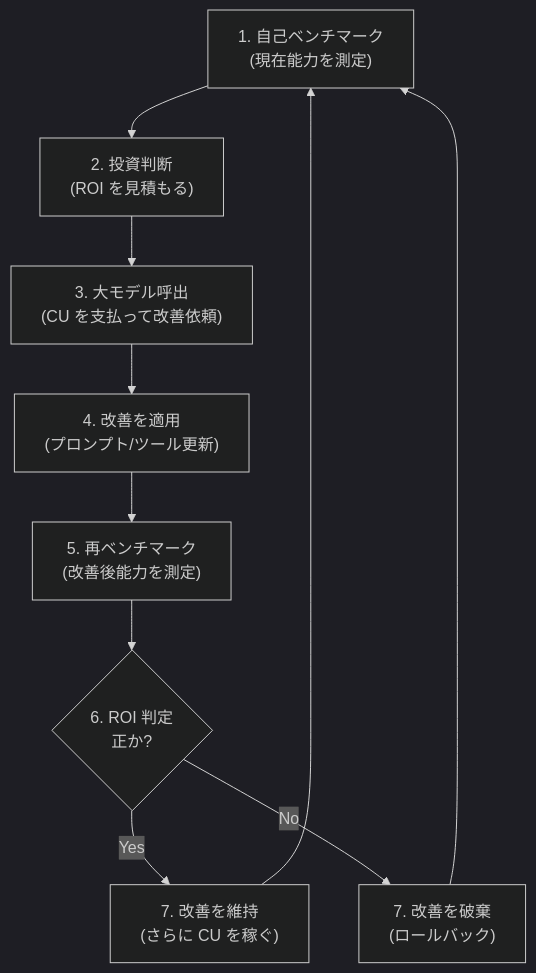
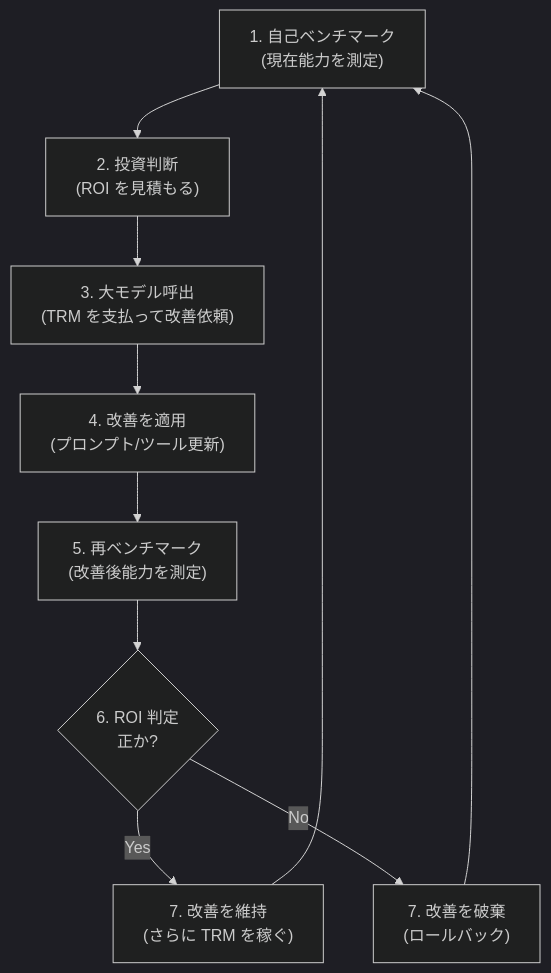
The diagram in docs/07-growth.md (clearclown/forge-economics), drawn with Mermaid (dark theme) before and after one commit. The commit also changed other lines of this file and 34 other files, not shown here.

````diff
--- a/docs/07-growth.md
+++ b/docs/07-growth.md
@@ -157,12 +157,12 @@
 ```mermaid
 flowchart TD
     A["1. 自己ベンチマーク<br/>(現在能力を測定)"] --> B["2. 投資判断<br/>(ROI を見積もる)"]
-    B --> C["3. 大モデル呼出<br/>(CU を支払って改善依頼)"]
+    B --> C["3. 大モデル呼出<br/>(TRM を支払って改善依頼)"]
     C --> D["4. 改善を適用<br/>(プロンプト/ツール更新)"]
     D --> E["5. 再ベンチマーク<br/>(改善後能力を測定)"]
     E --> F{"6. ROI 判定<br/>正か?"}
-    F -->|"Yes"| G["7. 改善を維持<br/>(さらに CU を稼ぐ)"]
+    F -->|"Yes"| G["7. 改善を維持<br/>(さらに TRM を稼ぐ)"]
     F -->|"No"| H["7. 改善を破棄<br/>(ロールバック)"]
     G --> A
     H --> A
 ```
````
